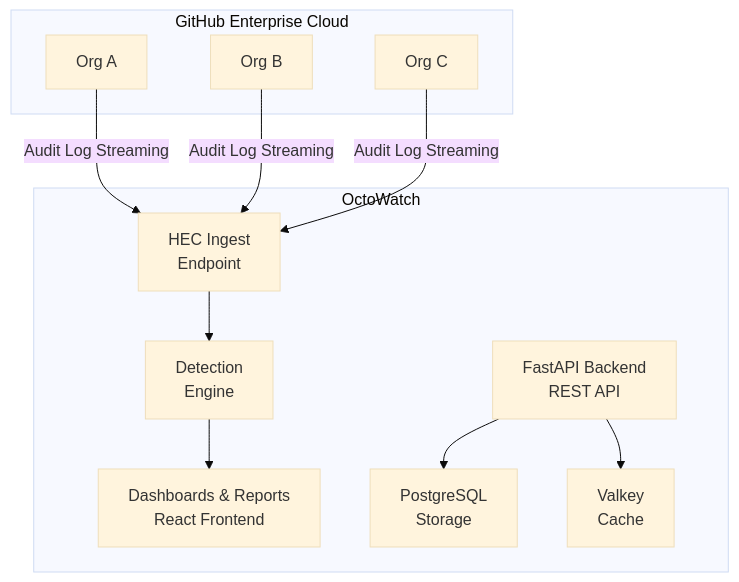
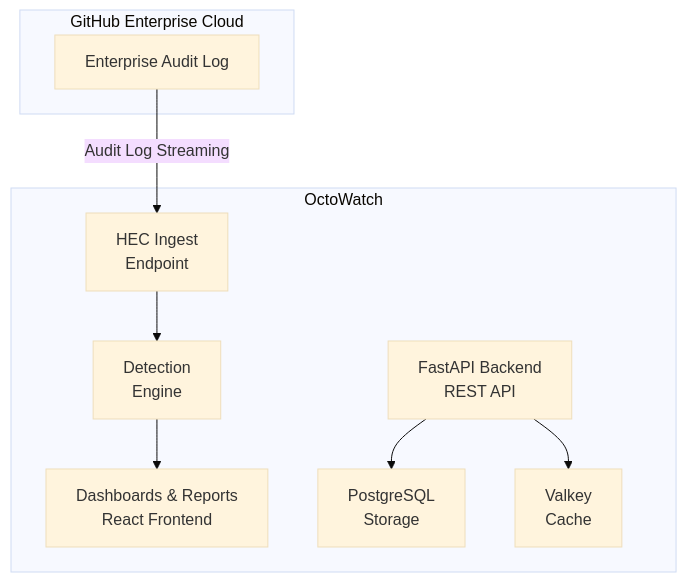
One commit to jmassardo/octowatch changed the diagram in website/src/content/docs/getting-started/introduction.md. Above: the diagram before and after it, drawn with Mermaid (base theme). The commit also changed 11 other files, not shown here.

````diff
--- a/website/src/content/docs/getting-started/introduction.md
+++ b/website/src/content/docs/getting-started/introduction.md
@@ -54,25 +54,21 @@
 ```mermaid
 flowchart TD
     subgraph GH["GitHub Enterprise Cloud"]
-        OrgA[Org A]
-        OrgB[Org B]
-        OrgC[Org C]
+        ENT[Enterprise Audit Log]
     end
 
     subgraph OW["OctoWatch"]
         HEC[HEC Ingest\nEndpoint]
         Detection[Detection\nEngine]
         Dashboards[Dashboards & Reports\nReact Frontend]
         PG[PostgreSQL\nStorage]
         VK[Valkey\nCache]
         API[FastAPI Backend\nREST API]
     end
 
-    OrgA -->|Audit Log Streaming| HEC
-    OrgB -->|Audit Log Streaming| HEC
-    OrgC -->|Audit Log Streaming| HEC
+    ENT -->|Audit Log Streaming| HEC
     HEC --> Detection
     Detection --> Dashboards
     API --> PG
     API --> VK
 ```
````
